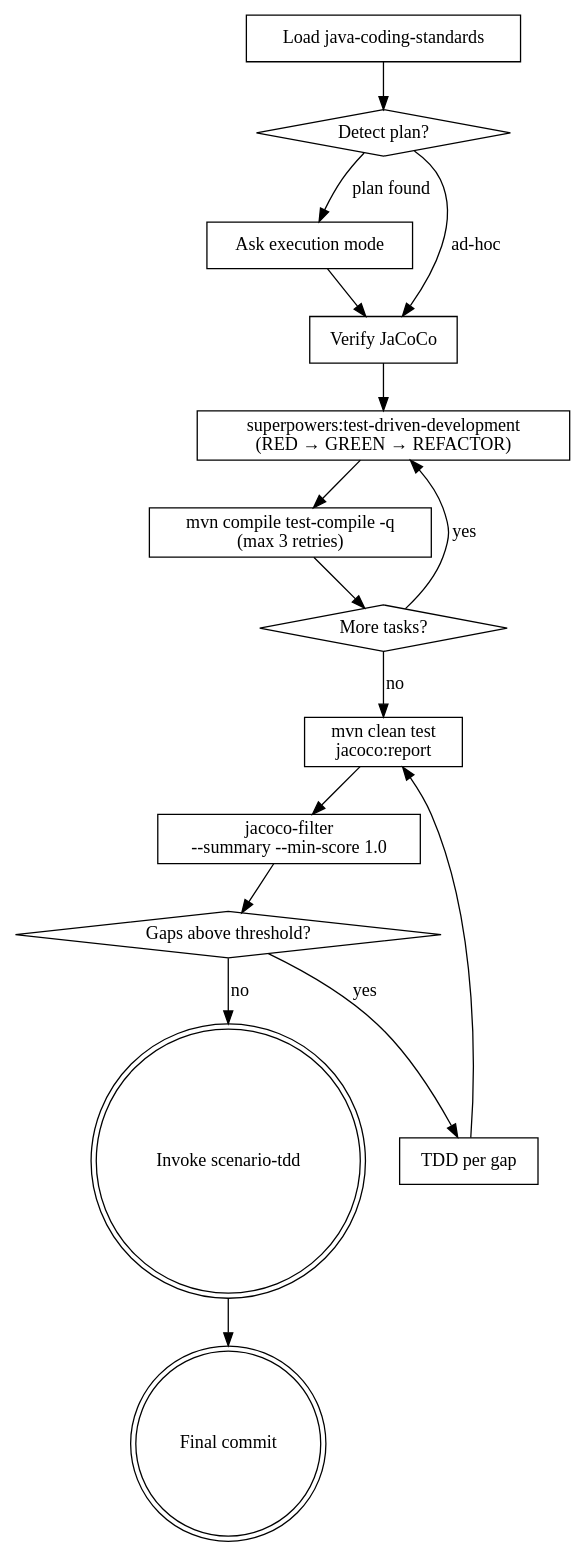
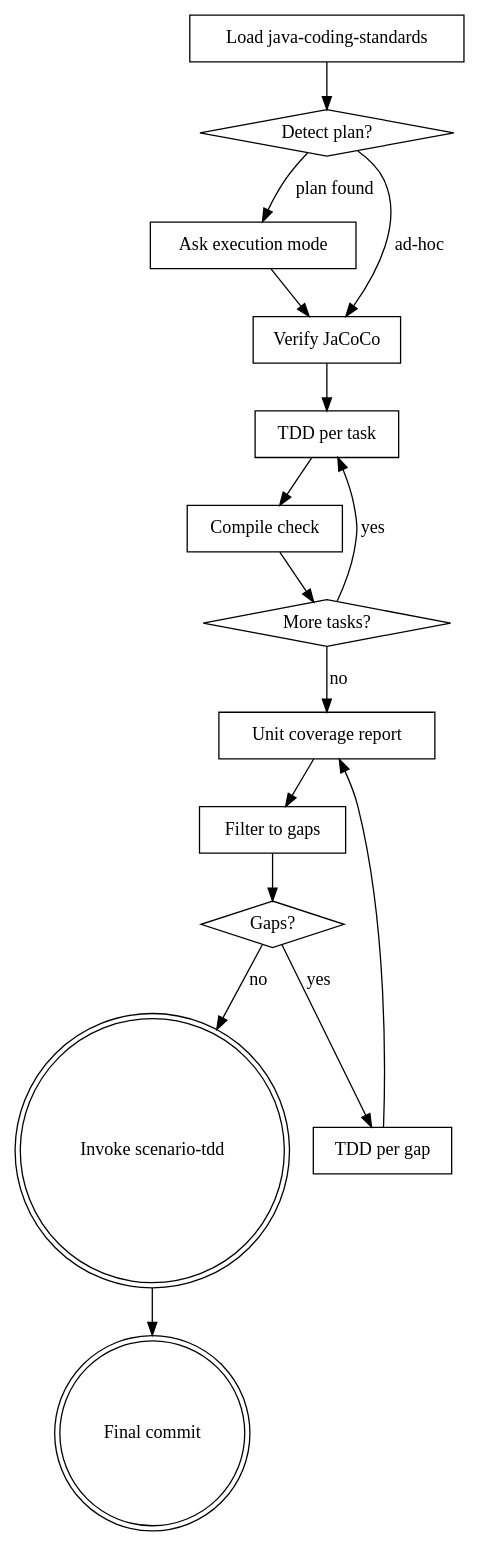
One commit to honghaowuu/jkit changed the diagram in skills/java-tdd/SKILL.md. Above: the diagram before and after it, drawn with Graphviz. The commit also changed other lines of this file and 1 other file, not shown here.

First line of the commit message:
fix: trim java-tdd and align scenario gap handoff with spec-delta

````diff
--- a/skills/java-tdd/SKILL.md
+++ b/skills/java-tdd/SKILL.md
@@ -60,33 +37,33 @@
 ```dot
 digraph java_tdd {
     "Load java-coding-standards" [shape=box];
     "Detect plan?" [shape=diamond];
     "Ask execution mode" [shape=box];
     "Verify JaCoCo" [shape=box];
-    "superpowers:test-driven-development\n(RED → GREEN → REFACTOR)" [shape=box];
-    "mvn compile test-compile -q\n(max 3 retries)" [shape=box];
-    "mvn clean test\njacoco:report" [shape=box];
-    "jacoco-filter\n--summary --min-score 1.0" [shape=box];
-    "Gaps above threshold?" [shape=diamond];
+    "TDD per task" [shape=box];
+    "Compile check" [shape=box];
+    "More tasks?" [shape=diamond];
+    "Unit coverage report" [shape=box];
+    "Filter to gaps" [shape=box];
+    "Gaps?" [shape=diamond];
     "TDD per gap" [shape=box];
-    "More tasks?" [shape=diamond];
     "Invoke scenario-tdd" [shape=doublecircle];
     "Final commit" [shape=doublecircle];
 
     "Load java-coding-standards" -> "Detect plan?";
     "Detect plan?" -> "Ask execution mode" [label="plan found"];
     "Detect plan?" -> "Verify JaCoCo" [label="ad-hoc"];
     "Ask execution mode" -> "Verify JaCoCo";
-    "Verify JaCoCo" -> "superpowers:test-driven-development\n(RED → GREEN → REFACTOR)";
-    "superpowers:test-driven-development\n(RED → GREEN → REFACTOR)" -> "mvn compile test-compile -q\n(max 3 retries)";
-    "mvn compile test-compile -q\n(max 3 retries)" -> "More tasks?";
-    "More tasks?" -> "superpowers:test-driven-development\n(RED → GREEN → REFACTOR)" [label="yes"];
-    "More tasks?" -> "mvn clean test\njacoco:report" [label="no"];
-    "mvn clean test\njacoco:report" -> "jacoco-filter\n--summary --min-score 1.0";
-    "jacoco-filter\n--summary --min-score 1.0" -> "Gaps above threshold?";
-    "Gaps above threshold?" -> "TDD per gap" [label="yes"];
-    "TDD per gap" -> "mvn clean test\njacoco:report";
-    "Gaps above threshold?" -> "Invoke scenario-tdd" [label="no"];
+    "Verify JaCoCo" -> "TDD per task";
+    "TDD per task" -> "Compile check";
+    "Compile check" -> "More tasks?";
+    "More tasks?" -> "TDD per task" [label="yes"];
+    "More tasks?" -> "Unit coverage report" [label="no"];
+    "Unit coverage report" -> "Filter to gaps";
+    "Filter to gaps" -> "Gaps?";
+    "Gaps?" -> "TDD per gap" [label="yes"];
+    "TDD per gap" -> "Unit coverage report";
+    "Gaps?" -> "Invoke scenario-tdd" [label="no"];
     "Invoke scenario-tdd" -> "Final commit";
 }
 ```
````
